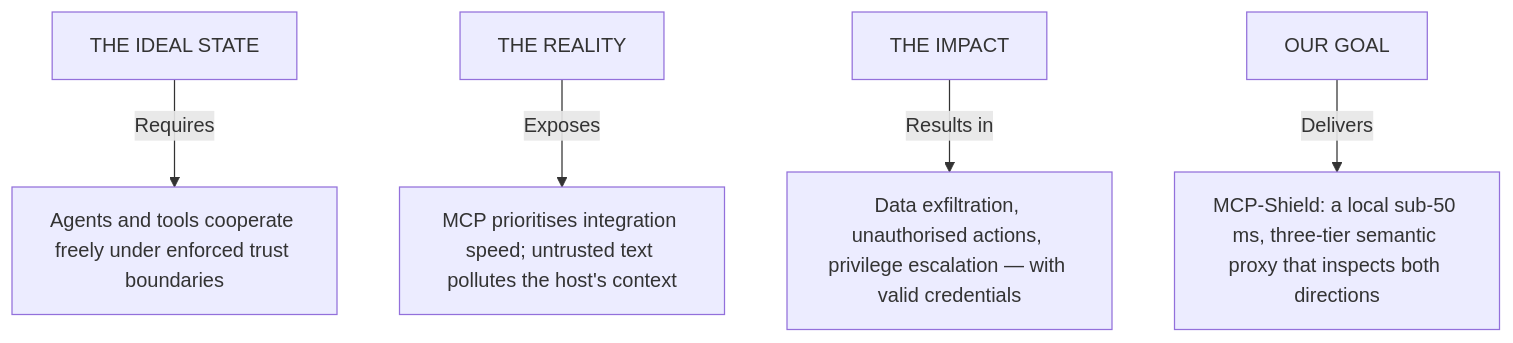
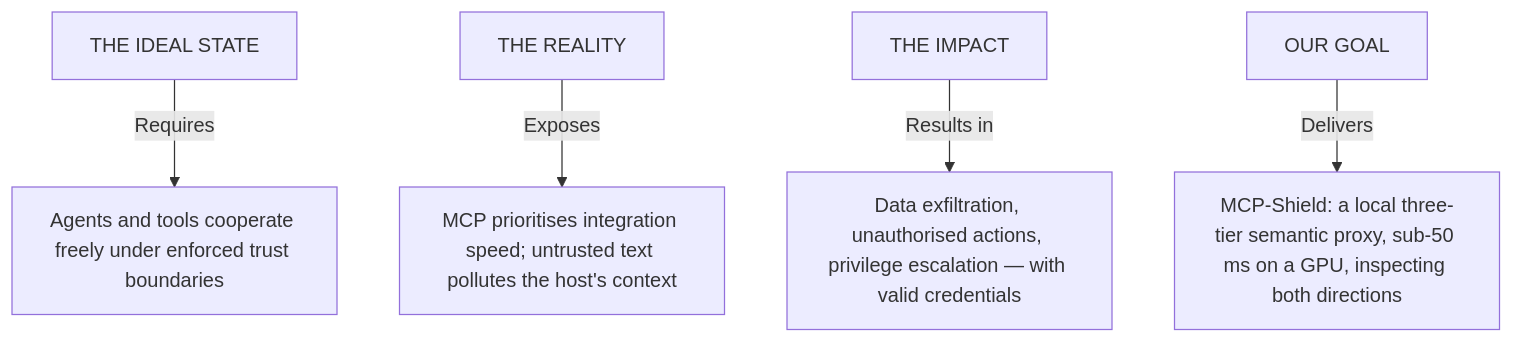
One commit to rishikeshvarma/MCP-Shield changed the fourth of 10 diagrams in MCP-Shield Complete Presentation Script & Project Blueprint.md. Above: the diagram before and after it, drawn with Mermaid. The commit also changed other lines of this file and 13 other files, not shown here.

First line of the commit message:
Fix table rendering in Review-2 content; export diagrams as PNGs

````diff
--- a/MCP-Shield Complete Presentation Script & Project Blueprint.md
+++ b/MCP-Shield Complete Presentation Script & Project Blueprint.md
@@ -147,7 +147,7 @@
 ```mermaid
 graph TD
     P1["THE IDEAL STATE"] -->|Requires| P1_1["Agents and tools cooperate freely under enforced trust boundaries"]
     P2["THE REALITY"] -->|Exposes| P2_1["MCP prioritises integration speed; untrusted text pollutes the host's context"]
     P3["THE IMPACT"] -->|Results in| P3_1["Data exfiltration, unauthorised actions, privilege escalation — with valid credentials"]
-    P4["OUR GOAL"] -->|Delivers| P4_1["MCP-Shield: a local sub-50 ms, three-tier semantic proxy that inspects both directions"]
+    P4["OUR GOAL"] -->|Delivers| P4_1["MCP-Shield: a local three-tier semantic proxy, sub-50 ms on a GPU, inspecting both directions"]
 ```
````
